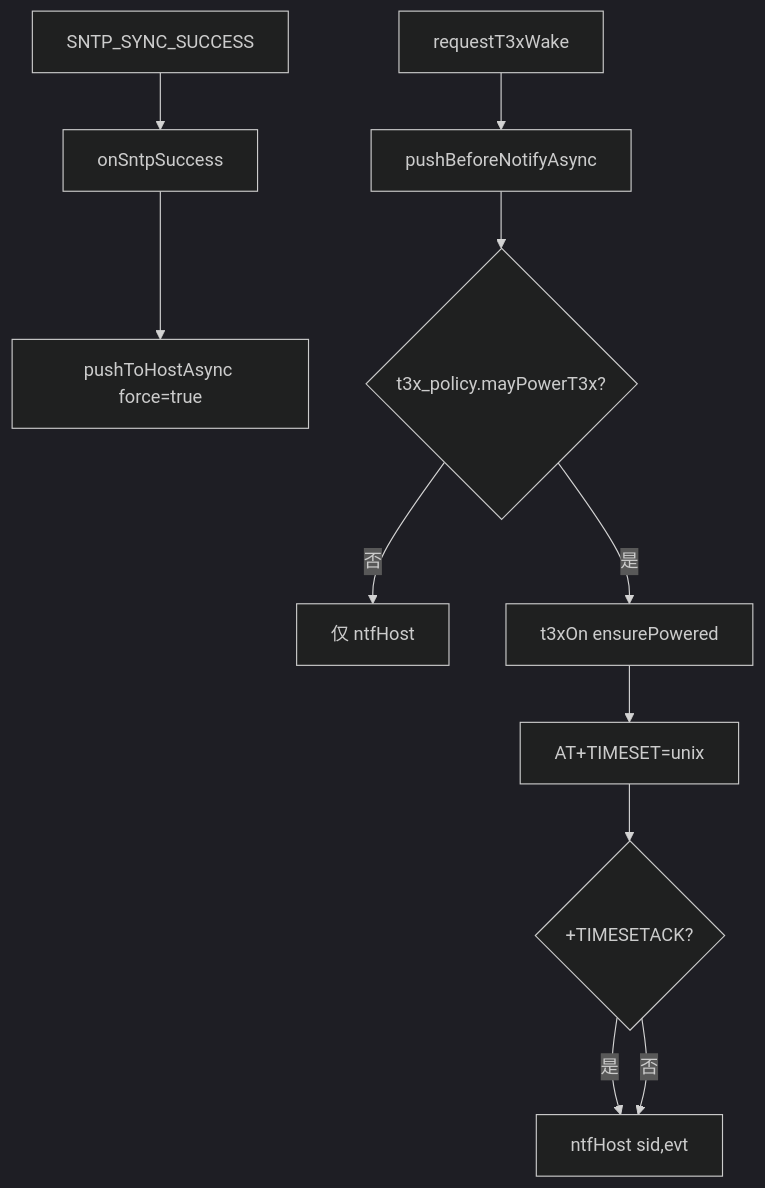
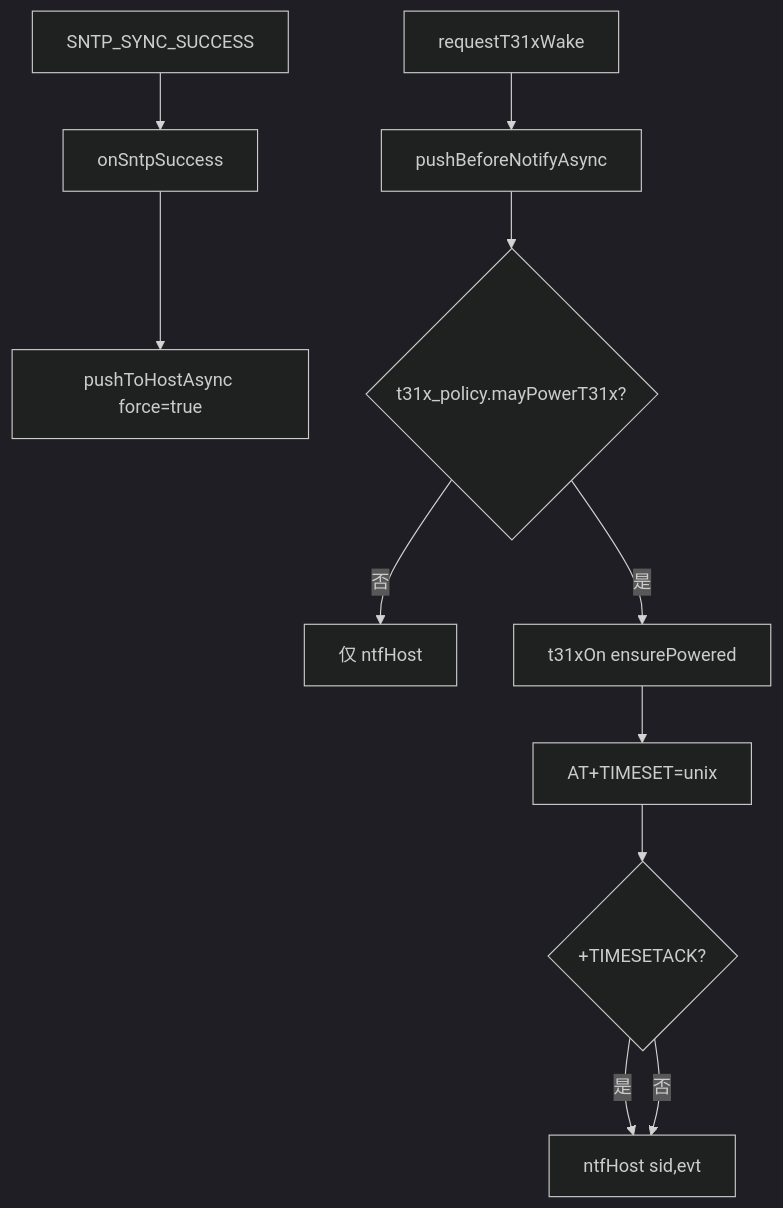
The diagram in doc/modules/TIME_SYNC_FLOW.md (dzr1986/AIR780EHM), drawn with Mermaid (dark theme) before and after one commit. The commit also changed other lines of this file and 402 other files, not shown here.

````diff
--- a/doc/modules/TIME_SYNC_FLOW.md
+++ b/doc/modules/TIME_SYNC_FLOW.md
@@ -24,13 +24,13 @@
 ```mermaid
 flowchart TD
     SNTP[SNTP_SYNC_SUCCESS] --> A[onSntpSuccess]
     A --> P[pushToHostAsync force=true]
-    W[requestT3xWake] --> B[pushBeforeNotifyAsync]
-    B --> POL{t3x_policy.mayPowerT3x?}
+    W[requestT31xWake] --> B[pushBeforeNotifyAsync]
+    B --> POL{t31x_policy.mayPowerT31x?}
     POL -->|否| N[仅 ntfHost]
-    POL -->|是| T[t3xOn ensurePowered]
+    POL -->|是| T[t31xOn ensurePowered]
     T --> TS[AT+TIMESET=unix]
     TS --> ACK{+TIMESETACK?}
     ACK -->|是| NH[ntfHost sid,evt]
     ACK -->|否| NH
 ```
````
